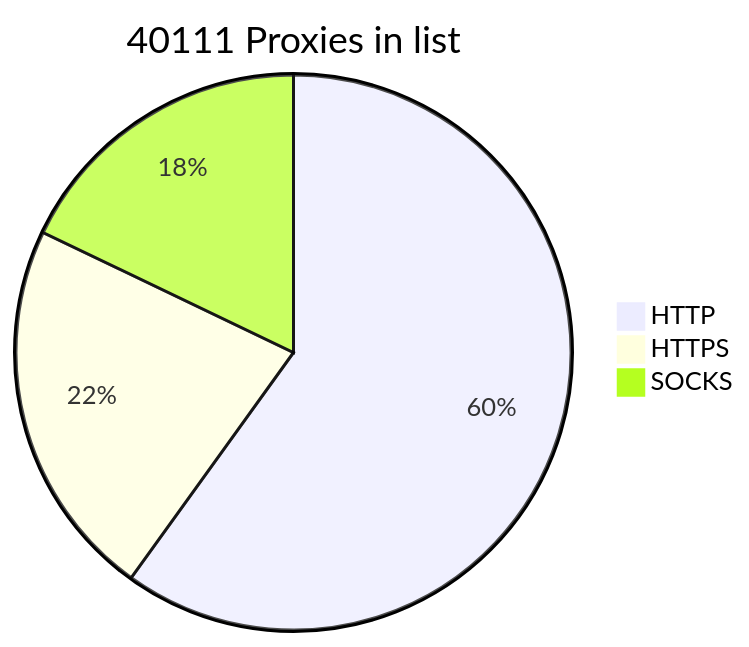
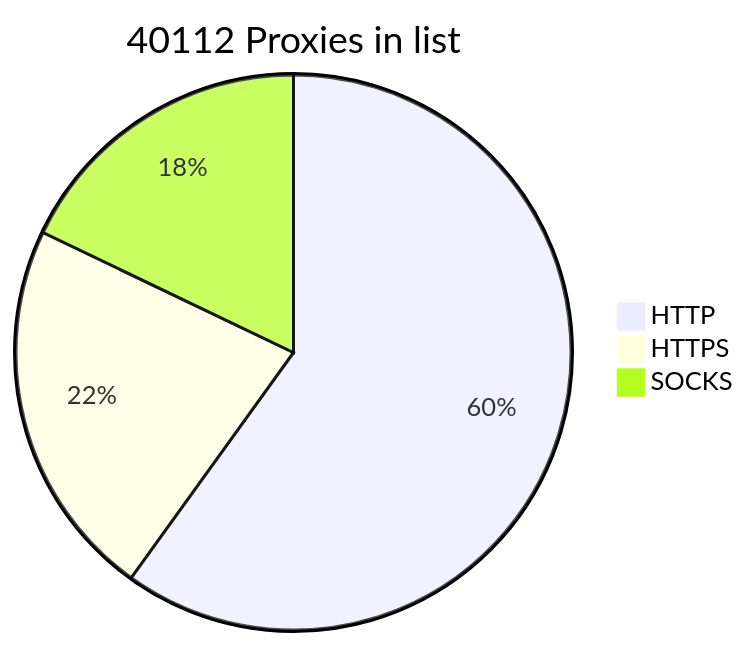
The diagram in README.md (BlackSnowDot/proxylist-update-every-minute), drawn with Mermaid before and after one commit.

````diff
--- a/README.md
+++ b/README.md
@@ -2,6 +2,6 @@
 ```mermaid
-pie title 40111 Proxies in list
-    "HTTP" : 28226
+pie title 40112 Proxies in list
+    "HTTP" : 28227
     "HTTPS": 10442
-    "SOCKS" : 8426
+    "SOCKS" : 8427
 ```
````
